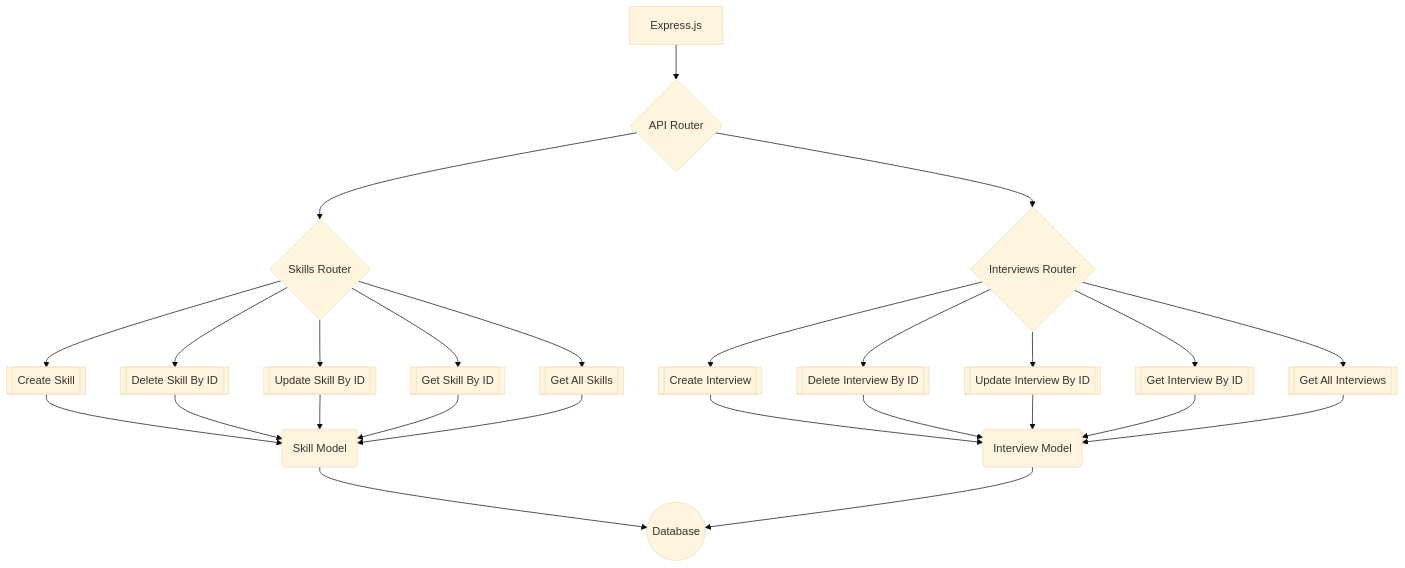
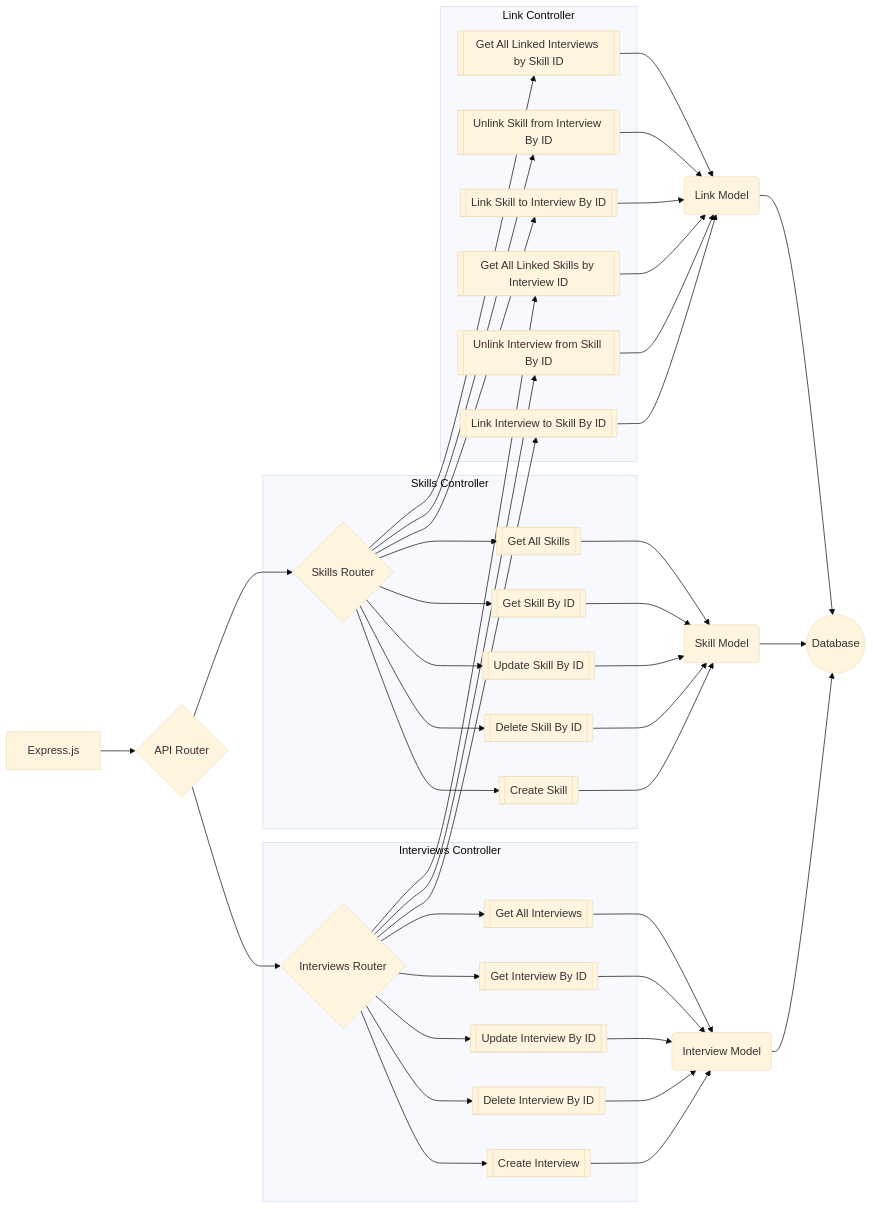
Before and after one commit to jecc-opensource/retroview: the second of 3 diagrams in README.md, drawn with Mermaid (base theme).

````diff
--- a/README.md
+++ b/README.md
@@ -16,28 +16,47 @@
 ```mermaid
-graph TD;
+graph LR;
   E["Express.js"] --> RA{"API Router"};
   RA --> RI{"Interviews Router"};
   RA --> RS{"Skills Router"};
+  subgraph "Skills Controller";
   RS --> SC[["Create Skill"]];
   RS --> SD[["Delete Skill By ID"]];
   RS --> SU[["Update Skill By ID"]];
   RS --> SG[["Get Skill By ID"]];
   RS --> SGA[["Get All Skills"]];
+  end;
+  subgraph "Interviews Controller";
   RI --> IC[["Create Interview"]];
   RI --> ID[["Delete Interview By ID"]];
   RI --> IU[["Update Interview By ID"]];
   RI --> IG[["Get Interview By ID"]];
   RI --> IGA[["Get All Interviews"]];
+  end;
+  subgraph "Link Controller";
+  RI --> LC[["Link Interview to Skill By ID"]];
+  RI --> LD[["Unlink Interview from Skill By ID"]];
+  RI --> LGA[["Get All Linked Skills by Interview ID"]];
+  RS --> LCS[["Link Skill to Interview By ID"]];
+  RS --> LDS[["Unlink Skill from Interview By ID"]];
+  RS --> LGAS[["Get All Linked Interviews by Skill ID"]];
+  end;
+  LC --> LM("Link Model");
+  LD --> LM;
+  LGA --> LM;
+  LCS --> LM;
+  LDS --> LM;
+  LGAS --> LM;
   IC --> IM("Interview Model");
   ID --> IM("Interview Model");
   IU --> IM("Interview Model");
   IG --> IM("Interview Model");
   IGA --> IM("Interview Model");
   SC --> SM("Skill Model");
   SD --> SM
   SU --> SM
   SG --> SM
   SGA --> SM
   SM --> D(("Database"));
   IM --> D;
+  LM -->D;
 ```
````
